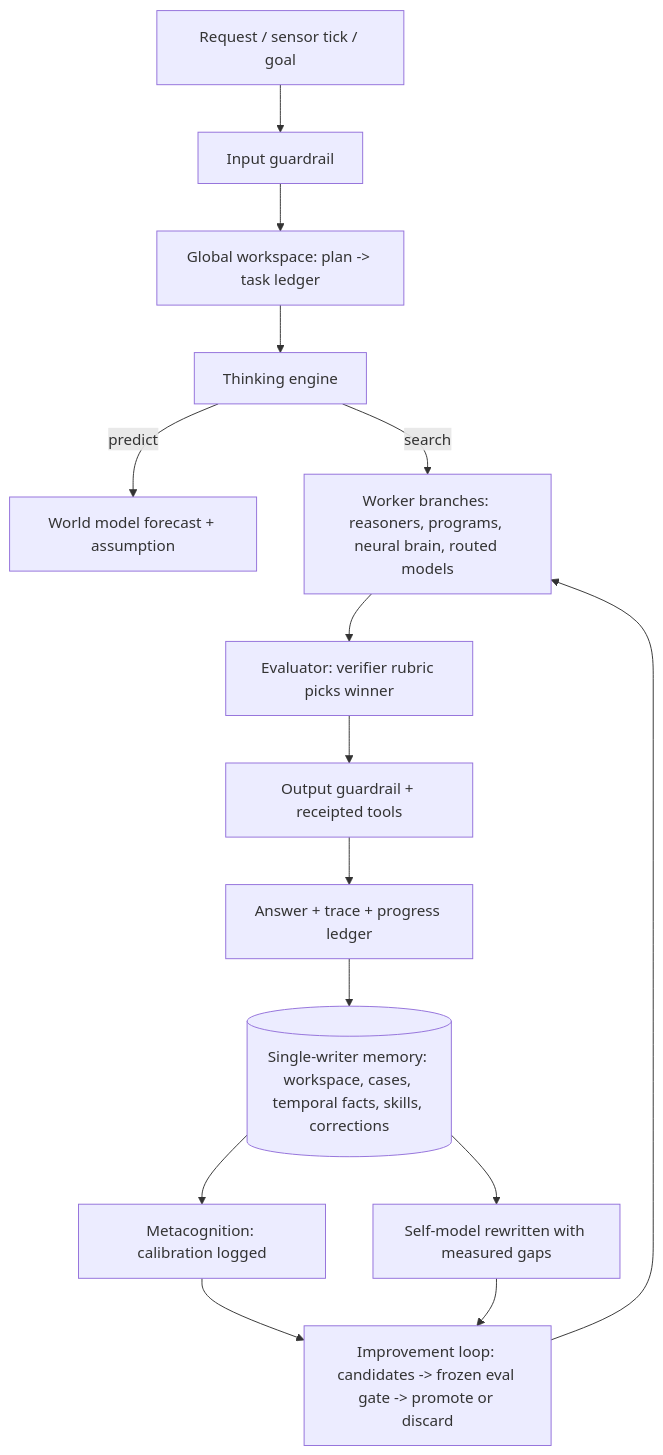
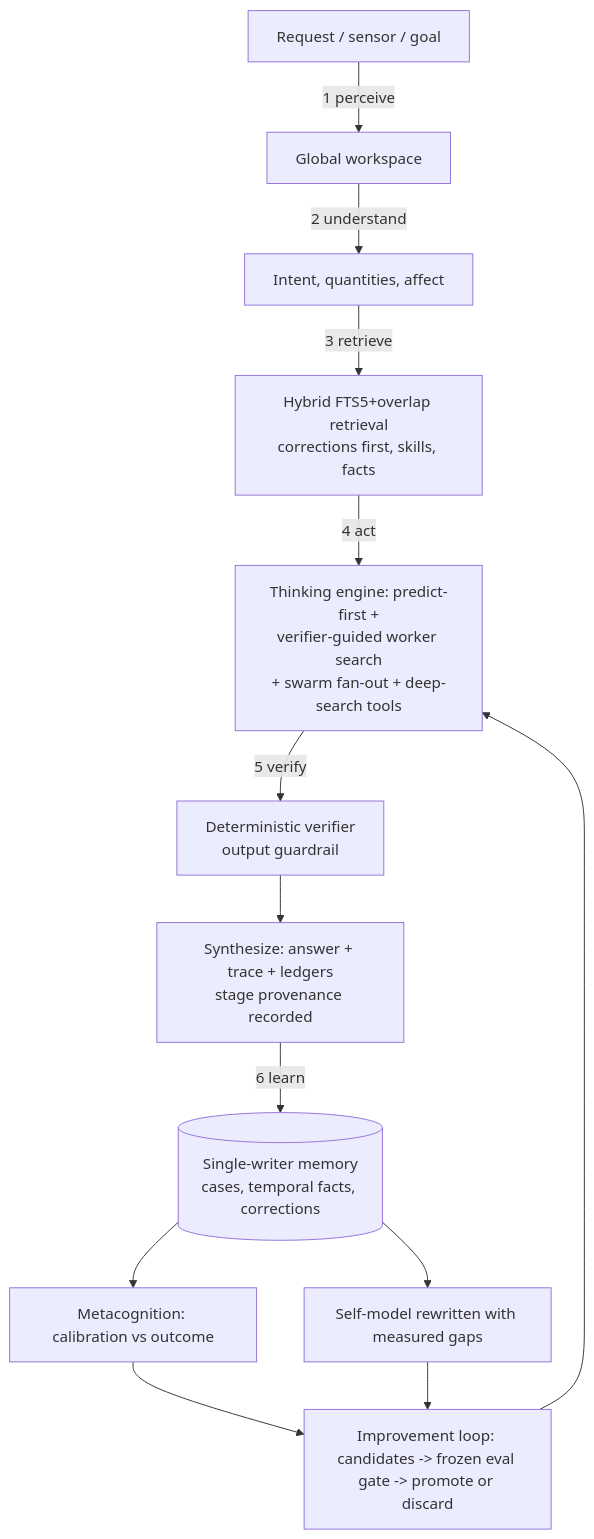
The first of 2 diagrams in README.md (DevodG/Janus), drawn with Mermaid before and after one commit. The commit also changed other lines of this file and 6 other files, not shown here.

````diff
--- a/README.md
+++ b/README.md
@@ -24,17 +24,15 @@
 ```mermaid
 graph TD
-    A[Request / sensor tick / goal] --> B[Input guardrail]
-    B --> C[Global workspace: plan -> task ledger]
-    C --> D[Thinking engine]
-    D -->|predict| E[World model forecast + assumption]
-    D -->|search| F[Worker branches: reasoners, programs, neural brain, routed models]
-    F --> G[Evaluator: verifier rubric picks winner]
-    G --> H[Output guardrail + receipted tools]
-    H --> I[Answer + trace + progress ledger]
-    I --> J[(Single-writer memory: workspace, cases, temporal facts, skills, corrections)]
-    J --> K[Metacognition: calibration logged]
-    J --> L[Self-model rewritten with measured gaps]
-    K --> M[Improvement loop: candidates -> frozen eval gate -> promote or discard]
-    L --> M
-    M --> F
+    A[Request / sensor / goal] -->|1 perceive| B[Global workspace]
+    B -->|2 understand| C[Intent, quantities, affect]
+    C -->|3 retrieve| D[Hybrid FTS5+overlap retrieval<br/>corrections first, skills, facts]
+    D -->|4 act| E[Thinking engine: predict-first +<br/>verifier-guided worker search<br/>+ swarm fan-out + deep-search tools]
+    E -->|5 verify| F[Deterministic verifier<br/>output guardrail]
+    F --> G[Synthesize: answer + trace + ledgers<br/>stage provenance recorded]
+    G -->|6 learn| H[(Single-writer memory<br/>cases, temporal facts, corrections)]
+    H --> I[Metacognition: calibration vs outcome]
+    H --> J[Self-model rewritten with measured gaps]
+    I --> K[Improvement loop: candidates -> frozen eval gate -> promote or discard]
+    J --> K
+    K --> E
 ```
````
